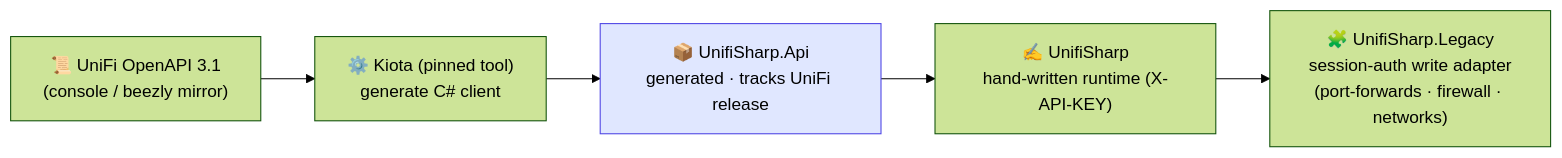
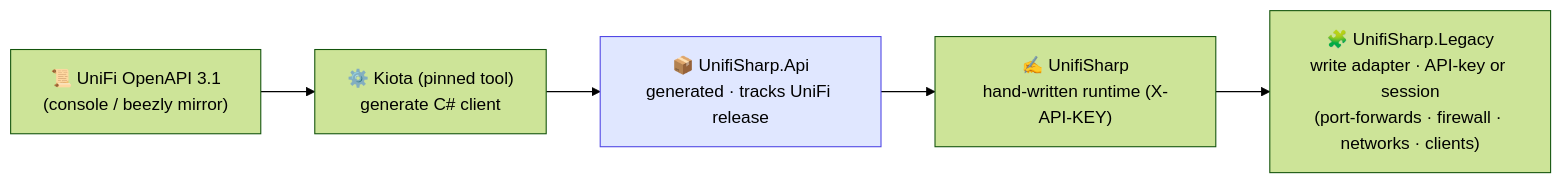
The diagram in README.md (Chrison-dev/UnifiSharp), drawn with Mermaid (forest theme) before and after one commit. The commit also changed other lines of this file and 7 other files, not shown here.

````diff
--- a/README.md
+++ b/README.md
@@ -21,9 +21,9 @@
 ```mermaid
 flowchart LR
   SPEC["📜 UniFi OpenAPI 3.1<br/>(console / beezly mirror)"] --> KIOTA["⚙️ Kiota (pinned tool)<br/>generate C# client"]
   KIOTA --> API["📦 UnifiSharp.Api<br/>generated · tracks UniFi release"]
   API --> RT["✍️ UnifiSharp<br/>hand-written runtime (X-API-KEY)"]
-  RT --> LEG["🧩 UnifiSharp.Legacy<br/>session-auth write adapter<br/>(port-forwards · firewall · networks)"]
+  RT --> LEG["🧩 UnifiSharp.Legacy<br/>write adapter · API-key or session<br/>(port-forwards · firewall · networks · clients)"]
   classDef gen fill:#e0e7ff,stroke:#4f46e5;
   class API gen;
 ```
````
